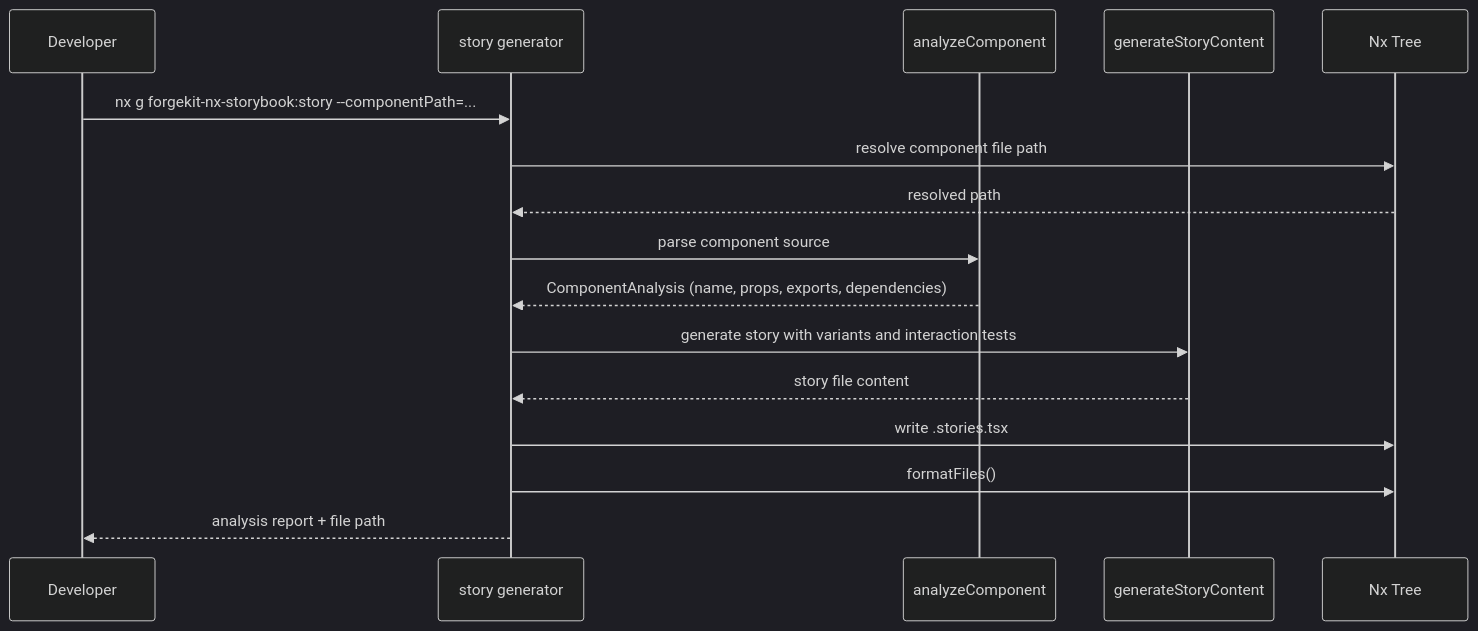
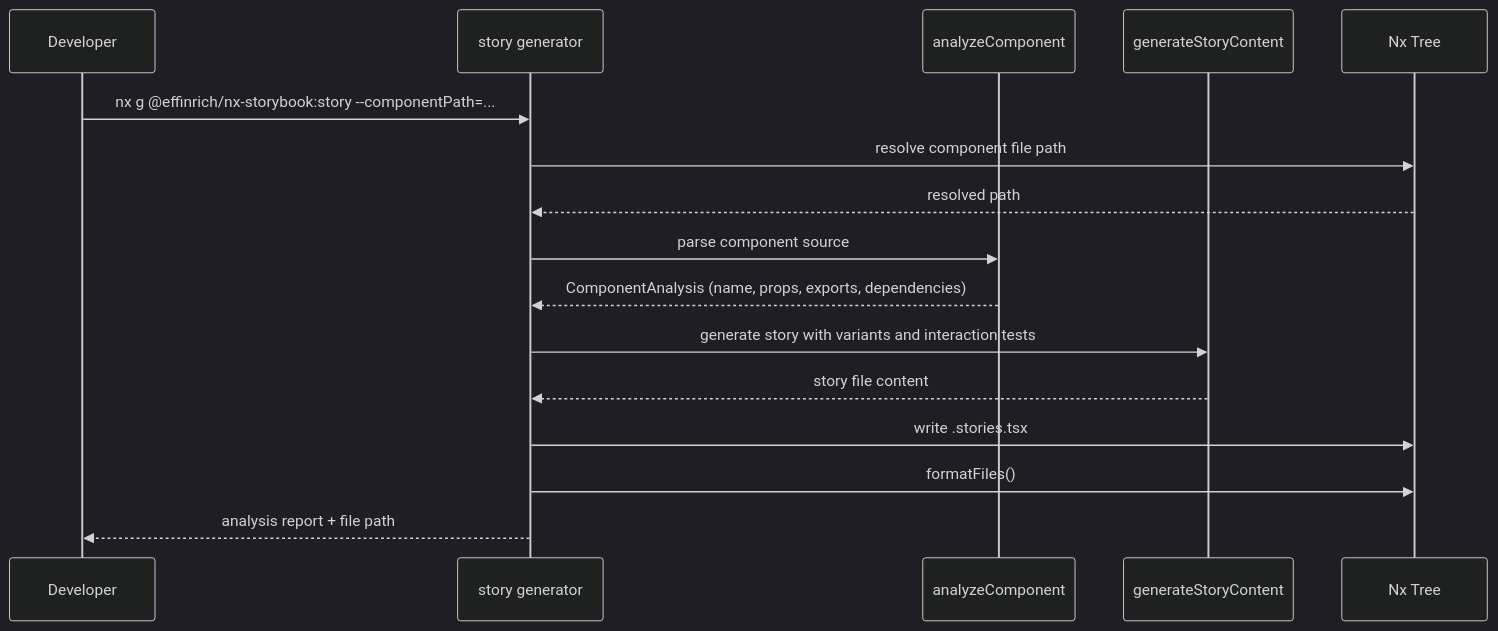
Before and after one commit to effinrich/rh-nx-monorepo: the first of 3 diagrams in apps/docs/tooling/development-tools.mdx, drawn with Mermaid (dark theme). The commit also changed other lines of this file and 130 other files, not shown here.

````diff
--- a/apps/docs/tooling/development-tools.mdx
+++ b/apps/docs/tooling/development-tools.mdx
@@ -100,19 +100,19 @@
 ```mermaid
 sequenceDiagram
     participant Dev as Developer
     participant Gen as story generator
     participant Analyze as analyzeComponent
     participant Content as generateStoryContent
     participant Tree as Nx Tree
 
-    Dev->>Gen: nx g forgekit-nx-storybook:story --componentPath=...
+    Dev->>Gen: nx g @effinrich/nx-storybook:story --componentPath=...
     Gen->>Tree: resolve component file path
     Tree-->>Gen: resolved path
     Gen->>Analyze: parse component source
     Analyze-->>Gen: ComponentAnalysis (name, props, exports, dependencies)
     Gen->>Content: generate story with variants and interaction tests
     Content-->>Gen: story file content
     Gen->>Tree: write .stories.tsx
     Gen->>Tree: formatFiles()
     Gen-->>Dev: analysis report + file path
 ```
````
